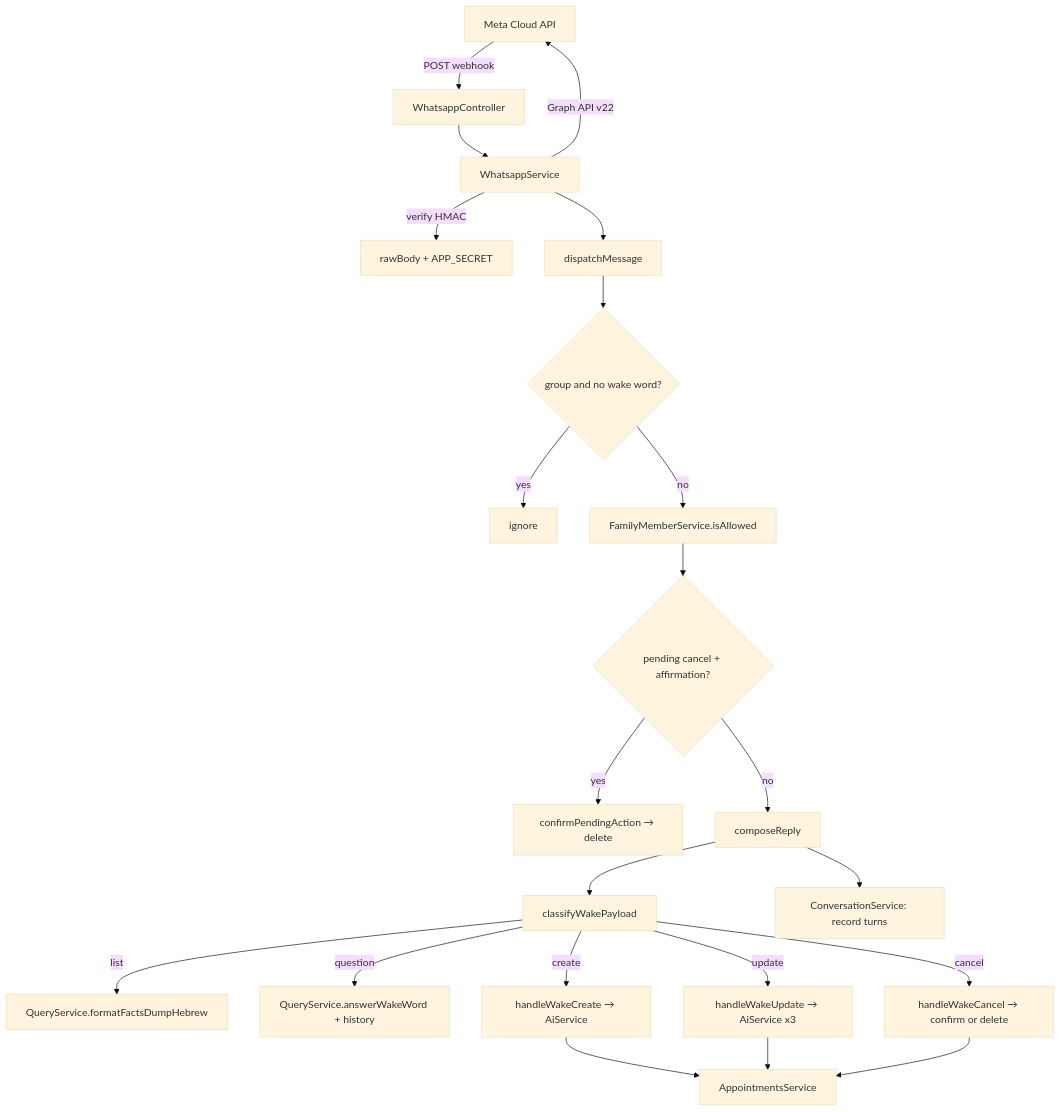
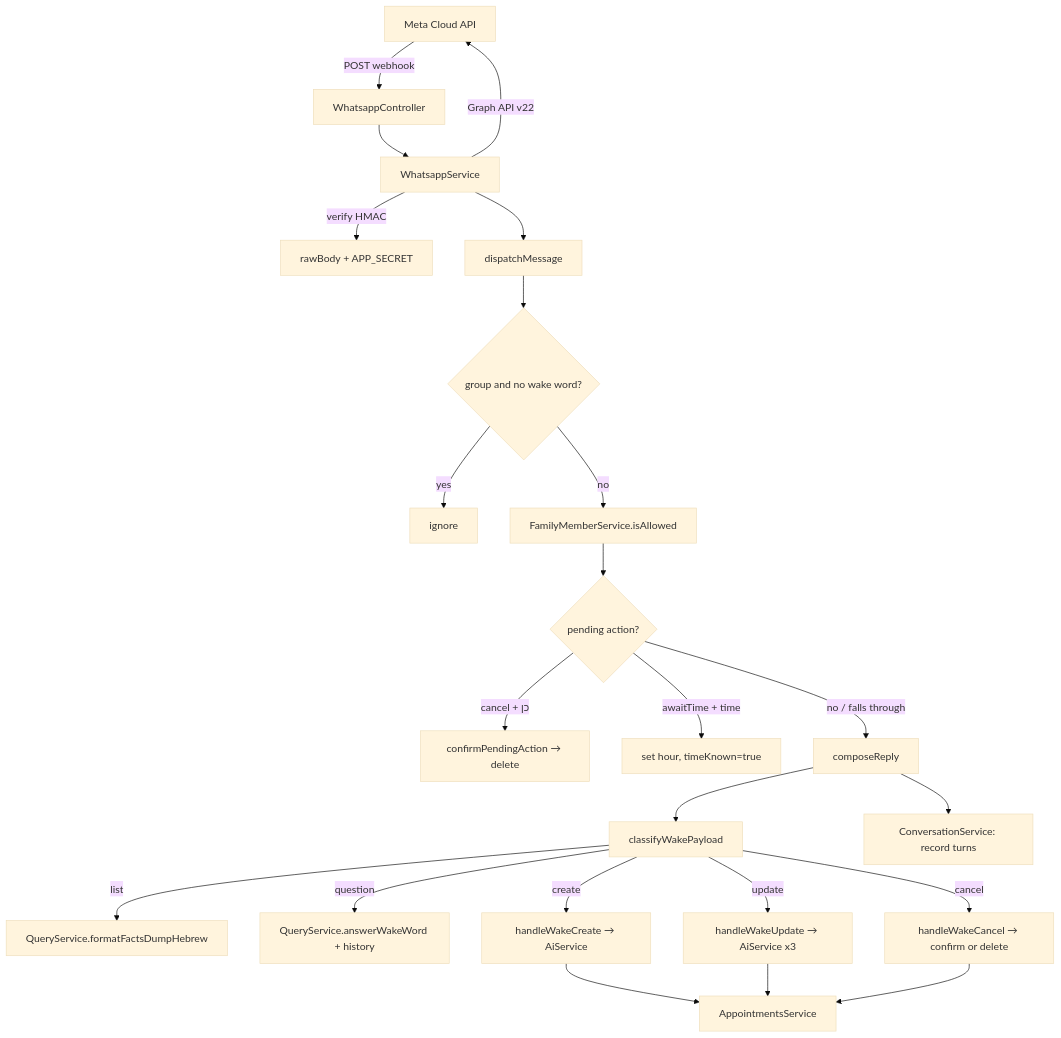
One commit to stavbarak/medflow-ai changed the first of 2 diagrams in summaries/stage-4-whatsapp-module.md. Above: the diagram before and after it, drawn with Mermaid (base theme). The commit also changed other lines of this file and 15 other files, not shown here.

````diff
--- a/summaries/stage-4-whatsapp-module.md
+++ b/summaries/stage-4-whatsapp-module.md
@@ -33,24 +33,25 @@
 ```mermaid
 flowchart TB
   META[Meta Cloud API] -->|POST webhook| WC[WhatsappController]
   WC --> WS[WhatsappService]
   WS -->|verify HMAC| SIG[rawBody + APP_SECRET]
   WS --> DISP[dispatchMessage]
   DISP --> GATE{group and no wake word?}
   GATE -->|yes| DROP[ignore]
   GATE -->|no| AL[FamilyMemberService.isAllowed]
-  AL --> PEND{pending cancel + affirmation?}
-  PEND -->|yes| CONF[confirmPendingAction → delete]
-  PEND -->|no| COMP[composeReply]
+  AL --> PEND{pending action?}
+  PEND -->|cancel + כן| CONF[confirmPendingAction → delete]
+  PEND -->|awaitTime + time| TSET[set hour, timeKnown=true]
+  PEND -->|no / falls through| COMP[composeReply]
   COMP --> INT[classifyWakePayload]
   INT -->|list| Q1[QueryService.formatFactsDumpHebrew]
   INT -->|question| Q2[QueryService.answerWakeWord + history]
   INT -->|create| CR[handleWakeCreate → AiService]
   INT -->|update| UP[handleWakeUpdate → AiService x3]
   INT -->|cancel| CA[handleWakeCancel → confirm or delete]
   CR --> AP[AppointmentsService]
   UP --> AP
   CA --> AP
   COMP --> CV[ConversationService: record turns]
   WS -->|Graph API v22| META
 ```
````
